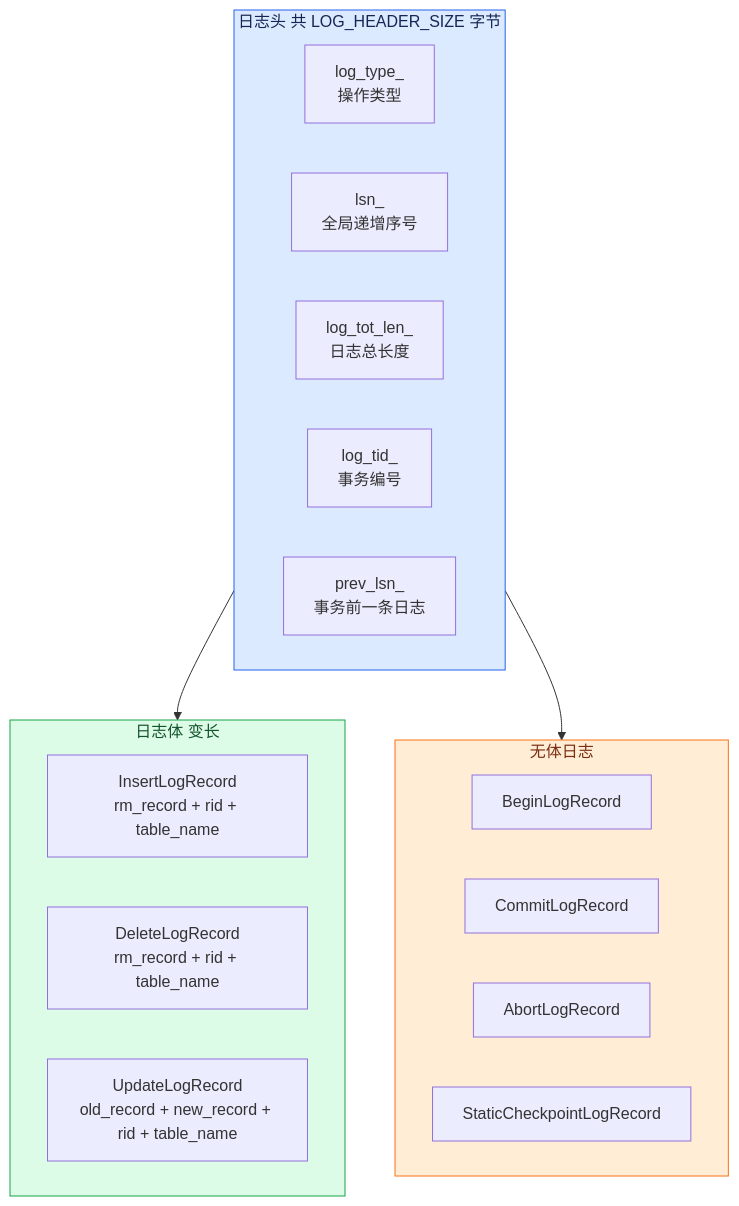
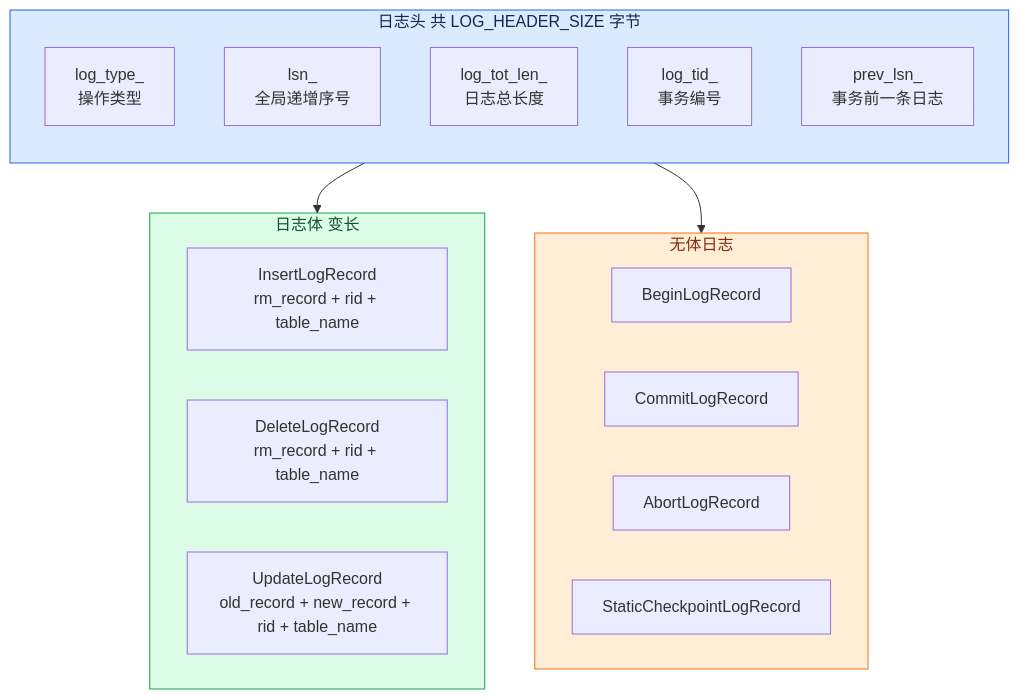
Before and after one commit to Dorian7Alden/RMDB-2024-Analyze: the diagram in my-analysis/07-recovery/02-recovery-data-structures.md, drawn with Mermaid.

Commit message:
doc(recovery): 修复日志头 mermaid 图缺少 direction TD
- 补充 direction TD 确保流程图纵向排列

````diff
--- a/my-analysis/07-recovery/02-recovery-data-structures.md
+++ b/my-analysis/07-recovery/02-recovery-data-structures.md
@@ -7,33 +7,34 @@
 ```mermaid
 flowchart TD
     subgraph LOGHEADER["日志头 共 LOG_HEADER_SIZE 字节"]
+        direction TD
         LOGTYPE["log_type_<br/>操作类型"]
         LSN["lsn_<br/>全局递增序号"]
         TOTLEN["log_tot_len_<br/>日志总长度"]
         TID["log_tid_<br/>事务编号"]
         PREV["prev_lsn_<br/>事务前一条日志"]
     end
 
     subgraph BODY["日志体 变长"]
         INSERT_BODY["InsertLogRecord<br/>rm_record + rid + table_name"]
         DELETE_BODY["DeleteLogRecord<br/>rm_record + rid + table_name"]
         UPDATE_BODY["UpdateLogRecord<br/>old_record + new_record + rid + table_name"]
     end
 
     subgraph SIMPLE["无体日志"]
         BEGIN_LOG["BeginLogRecord"]
         COMMIT_LOG["CommitLogRecord"]
         ABORT_LOG["AbortLogRecord"]
         CKPT_LOG["StaticCheckpointLogRecord"]
     end
 
     LOGHEADER --> BODY
     LOGHEADER --> SIMPLE
 
     classDef header fill:#dbeafe,stroke:#2563eb,color:#172554
     classDef body fill:#dcfce7,stroke:#16a34a,color:#14532d
     classDef simple fill:#ffedd5,stroke:#f97316,color:#7c2d12
     class LOGHEADER header
     class BODY body
     class SIMPLE simple
 ```
````
